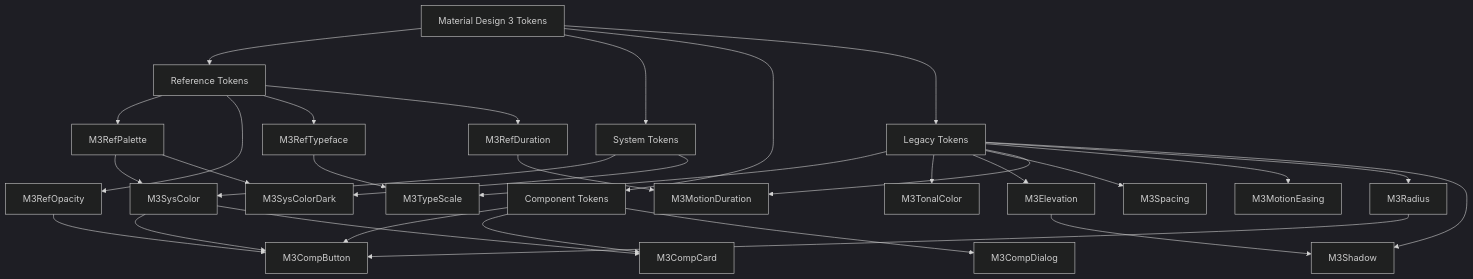
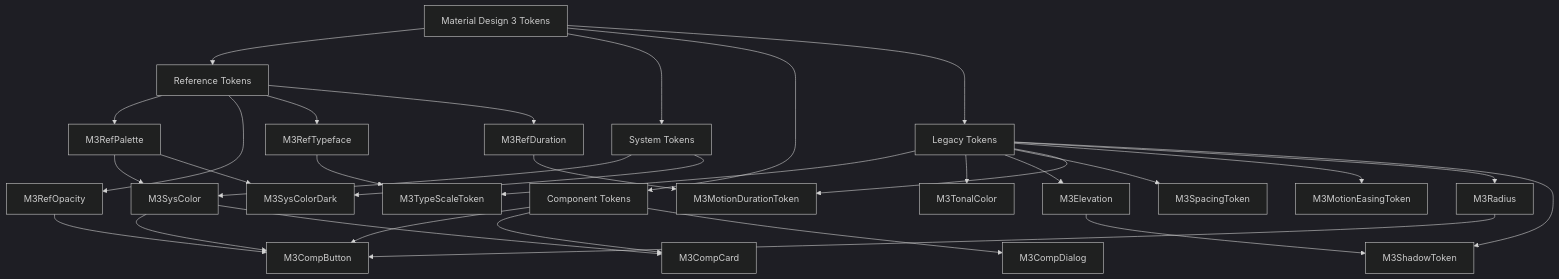
Before and after one commit to fluttely/material_design: the first of 5 diagrams in documentation/material_design/pt_BR/maps/Token Map.md, drawn with Mermaid (dark theme). The commit also changed other lines of this file and 51 other files, not shown here.

````diff
--- a/documentation/material_design/pt_BR/maps/Token Map.md
+++ b/documentation/material_design/pt_BR/maps/Token Map.md
@@ -11,41 +11,41 @@
 ```mermaid
 graph TD
     A[Material Design 3 Tokens] --> B[Reference Tokens]
     A --> C[System Tokens]
     A --> D[Component Tokens]
     A --> E[Legacy Tokens]
-    
+
     B --> B1[M3RefPalette]
     B --> B2[M3RefOpacity]
     B --> B3[M3RefTypeface]
     B --> B4[M3RefDuration]
-    
+
     C --> C1[M3SysColor]
     C --> C2[M3SysColorDark]
-    
+
     D --> D1[M3CompButton]
     D --> D2[M3CompCard]
     D --> D3[M3CompDialog]
-    
-    E --> E1[M3TypeScale]
+
+    E --> E1[M3TypeScaleToken]
     E --> E2[M3TonalColor]
     E --> E3[M3Elevation]
-    E --> E4[M3Spacing]
-    E --> E5[M3MotionDuration]
-    E --> E6[M3MotionEasing]
+    E --> E4[M3SpacingToken]
+    E --> E5[M3MotionDurationToken]
+    E --> E6[M3MotionEasingToken]
     E --> E7[M3Radius]
-    E --> E8[M3Shadow]
-    
+    E --> E8[M3ShadowToken]
+
     %% Conexões de dependência
     B1 --> C1
     B1 --> C2
     B2 --> D1
     B3 --> E1
     B4 --> E5
-    
+
     C1 --> D1
     C1 --> D2
-    
+
     E3 --> E8
     E7 --> D1
 ```
````
